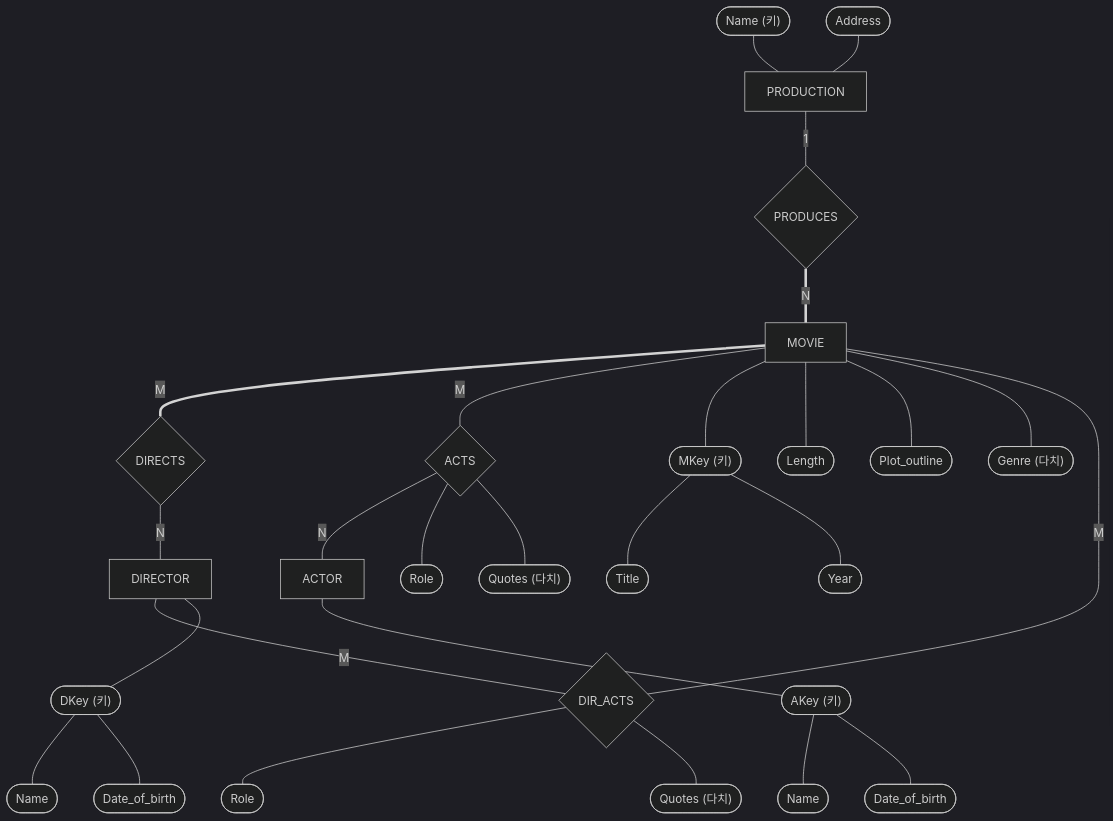
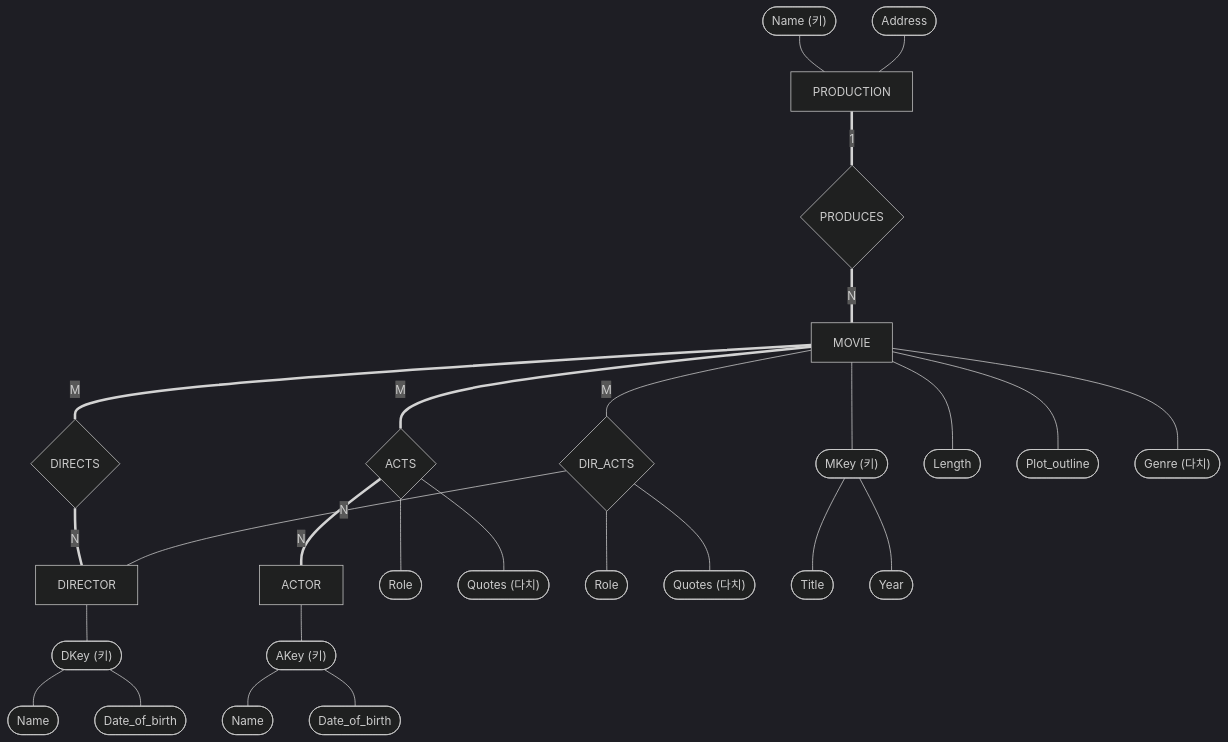
One commit to Hong-Iron/Hongs_Blog changed the second of 3 diagrams in _notes/database-design/er-diagram-design-practice.md. Above: the diagram before and after it, drawn with Mermaid (dark theme). The commit also changed other lines of this file and 1740 other files, not shown here.

````diff
--- a/_notes/database-design/er-diagram-design-practice.md
+++ b/_notes/database-design/er-diagram-design-practice.md
@@ -134,25 +129,25 @@
 ```mermaid
 flowchart TB
-    PRODUCTION["PRODUCTION"] ---|1| PRODUCES{"PRODUCES"} ===|N| MOVIE["MOVIE"]
-    MOVIE ===|M| DIRECTS{"DIRECTS"} ---|N| DIRECTOR["DIRECTOR"]
-    MOVIE ---|M| ACTS{"ACTS"} ---|N| ACTOR["ACTOR"]
-    DIRECTOR ---|M| DIR_ACTS{"DIR_ACTS"} ---|M| MOVIE
+    PRODUCTION["PRODUCTION"] ===|1| PRODUCES{"PRODUCES"} ===|N| MOVIE["MOVIE"]
+    MOVIE ===|M| DIRECTS{"DIRECTS"} ===|N| DIRECTOR["DIRECTOR"]
+    MOVIE ===|M| ACTS{"ACTS"} ===|N| ACTOR["ACTOR"]
+    MOVIE ---|M| DIR_ACTS{"DIR_ACTS"} ---|N| DIRECTOR
     ACTS --- a_role(["Role"])
     ACTS --- a_q(["Quotes (다치)"])
     DIR_ACTS --- d_role(["Role"])
     DIR_ACTS --- d_q(["Quotes (다치)"])
     pn(["Name (키)"]) --- PRODUCTION
     pa(["Address"]) --- PRODUCTION
     MOVIE --- mk(["MKey (키)"])
     mk --- mt(["Title"])
     mk --- my(["Year"])
     MOVIE --- ml(["Length"])
     MOVIE --- mp(["Plot_outline"])
     MOVIE --- mg(["Genre (다치)"])
     DIRECTOR --- dk(["DKey (키)"])
     dk --- dn(["Name"])
     dk --- dd(["Date_of_birth"])
     ACTOR --- ak(["AKey (키)"])
     ak --- an(["Name"])
     ak --- ab(["Date_of_birth"])
 ```
````
